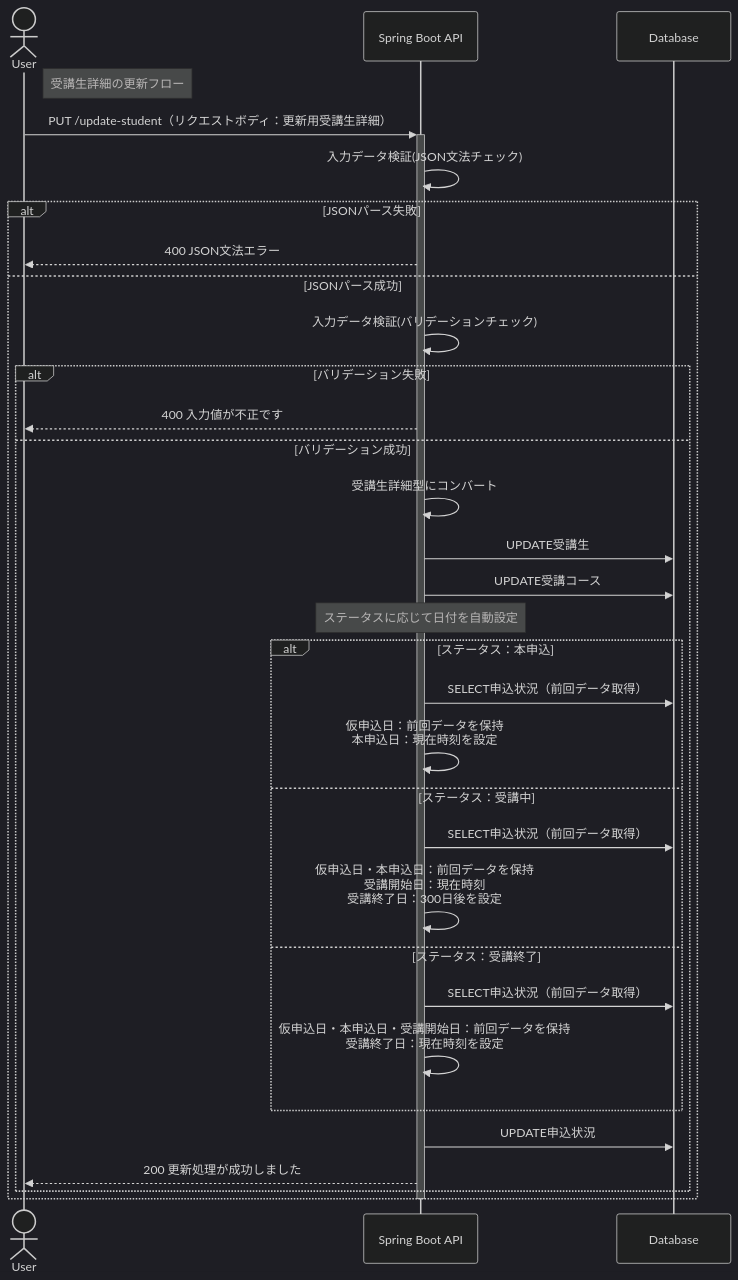
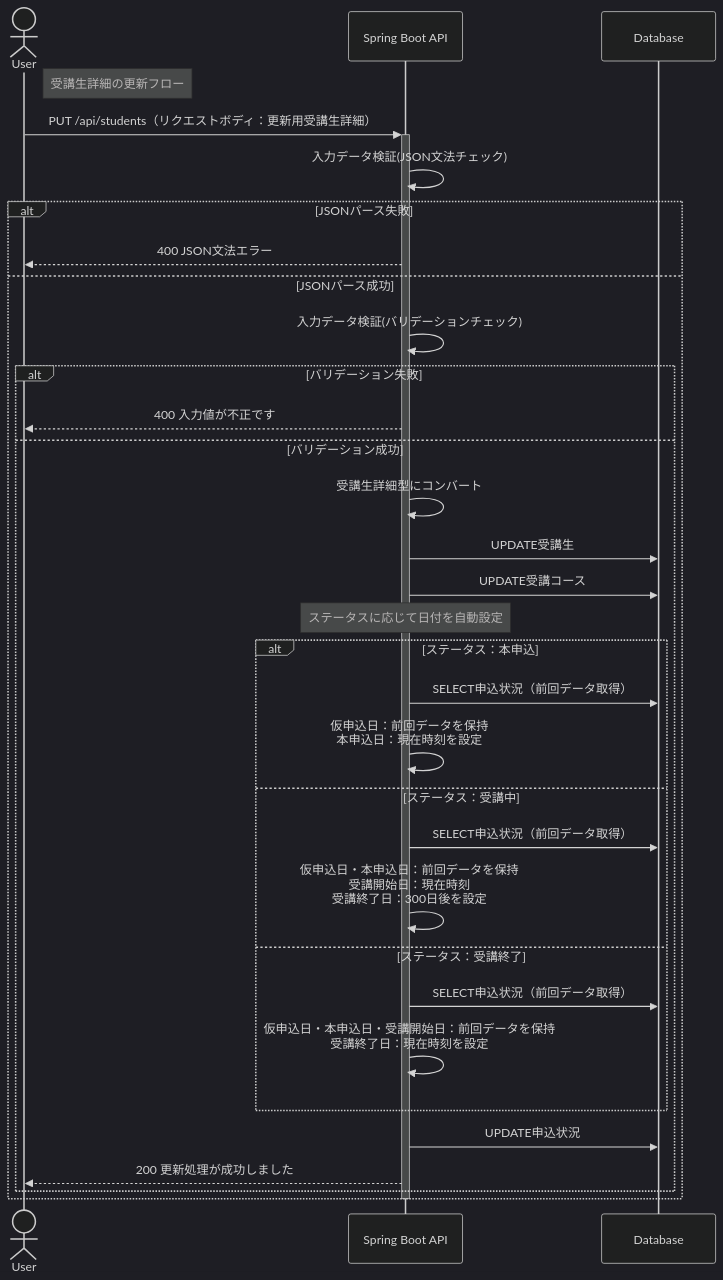
Before and after one commit to anmitsu-nagaya/StudentManagement: the fourth of 4 diagrams in README.md, drawn with Mermaid (dark theme). The commit also changed other lines of this file, not shown here.

````diff
--- a/README.md
+++ b/README.md
@@ -227,42 +227,42 @@
 ```mermaid
 sequenceDiagram
     actor User
     participant API as Spring Boot API
     participant DB as Database
     Note right of User: 受講生詳細の更新フロー
-    User ->>+ API: PUT /update-student（リクエストボディ：更新用受講生詳細）
+    User ->>+ API: PUT /api/students（リクエストボディ：更新用受講生詳細）
     API ->> API: 入力データ検証(JSON文法チェック)
     
     alt JSONパース失敗
         API -->> User: 400 JSON文法エラー
     else JSONパース成功
         API ->> API: 入力データ検証(バリデーションチェック)
         
         alt バリデーション失敗
             API -->> User: 400 入力値が不正です
         else バリデーション成功
             API ->> API: 受講生詳細型にコンバート
             API ->> DB: UPDATE受講生
             API ->> DB: UPDATE受講コース
             
             Note over API: ステータスに応じて日付を自動設定
             
             alt ステータス：本申込
                 API ->> DB: SELECT申込状況（前回データ取得）
                 API ->> API: 仮申込日：前回データを保持<br/>本申込日：現在時刻を設定
             else ステータス：受講中
                 API ->> DB: SELECT申込状況（前回データ取得）
                 API ->> API: 仮申込日・本申込日：前回データを保持<br/>受講開始日：現在時刻<br/>受講終了日：300日後を設定
             else ステータス：受講終了
                 API ->> DB: SELECT申込状況（前回データ取得）
                 API ->> API: 仮申込日・本申込日・受講開始日：前回データを保持<br/>受講終了日：現在時刻を設定
             end
             
             API ->> DB: UPDATE申込状況
             API -->> User: 200 更新処理が成功しました
         end
     end
     
     deactivate API
 
 ```
````
